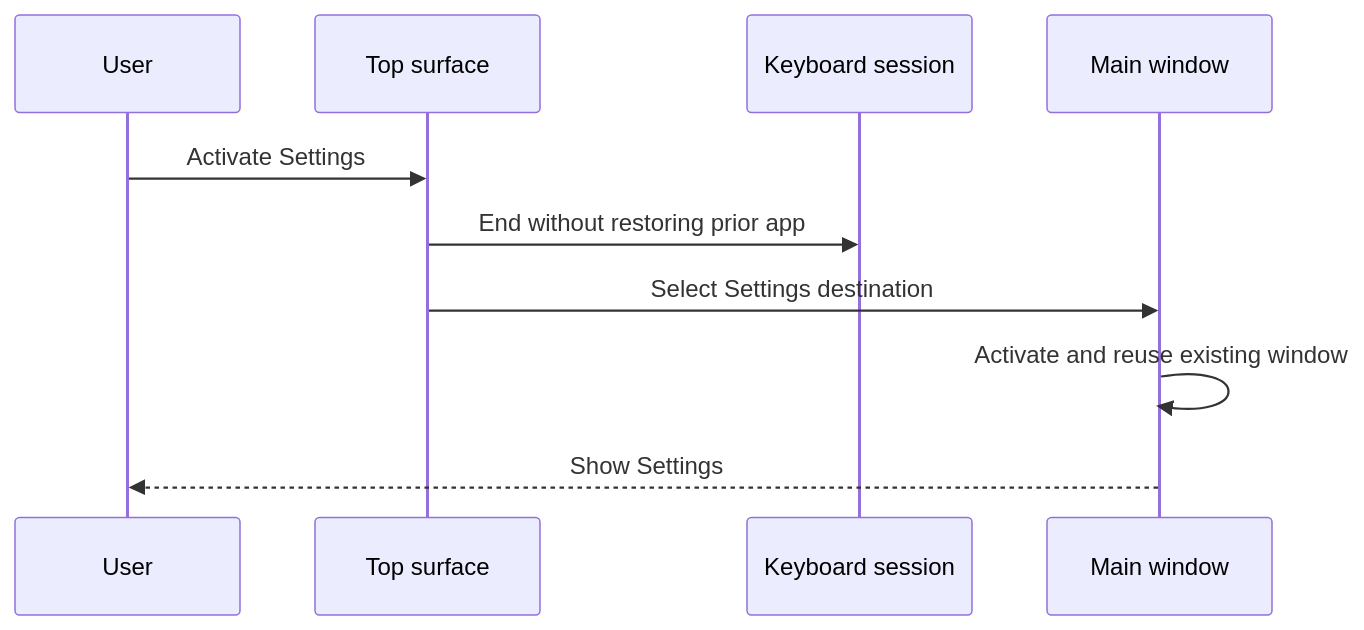
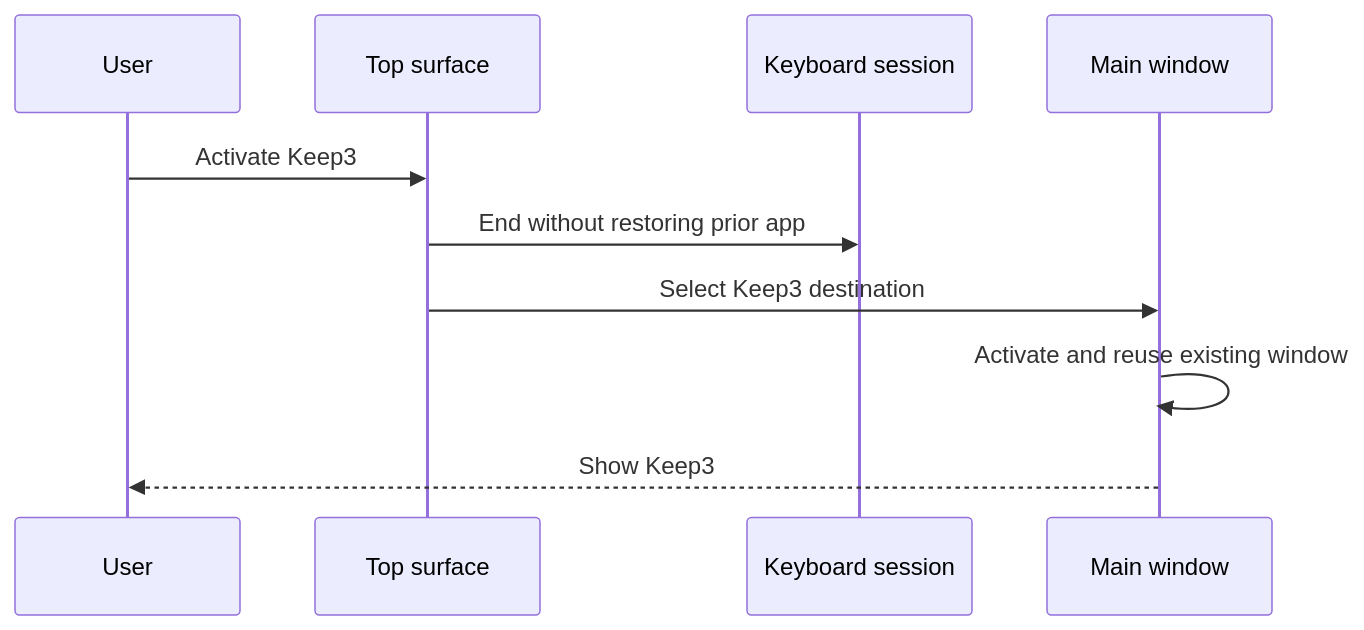
The second of 2 diagrams in docs/plans/2026-07-29-001-feat-notch-settings-access-plan.md (taobaorun/keep3), drawn with Mermaid before and after one commit. The commit also changed other lines of this file and 8 other files, not shown here.

````diff
--- a/docs/plans/2026-07-29-001-feat-notch-settings-access-plan.md
+++ b/docs/plans/2026-07-29-001-feat-notch-settings-access-plan.md
@@ -137,12 +138,12 @@
 ```mermaid
 sequenceDiagram
   participant U as User
   participant S as Top surface
   participant K as Keyboard session
   participant W as Main window
-  U->>S: Activate Settings
+  U->>S: Activate Keep3
   S->>K: End without restoring prior app
-  S->>W: Select Settings destination
+  S->>W: Select Keep3 destination
   W->>W: Activate and reuse existing window
-  W-->>U: Show Settings
+  W-->>U: Show Keep3
 ```
````
